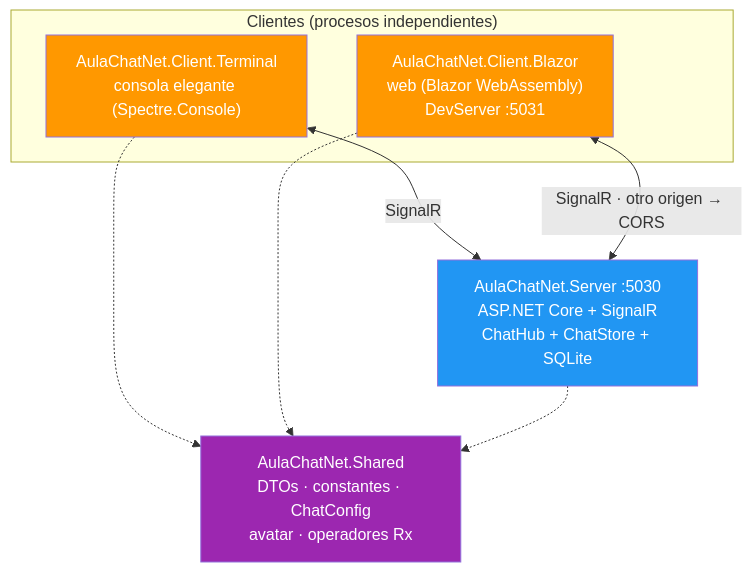
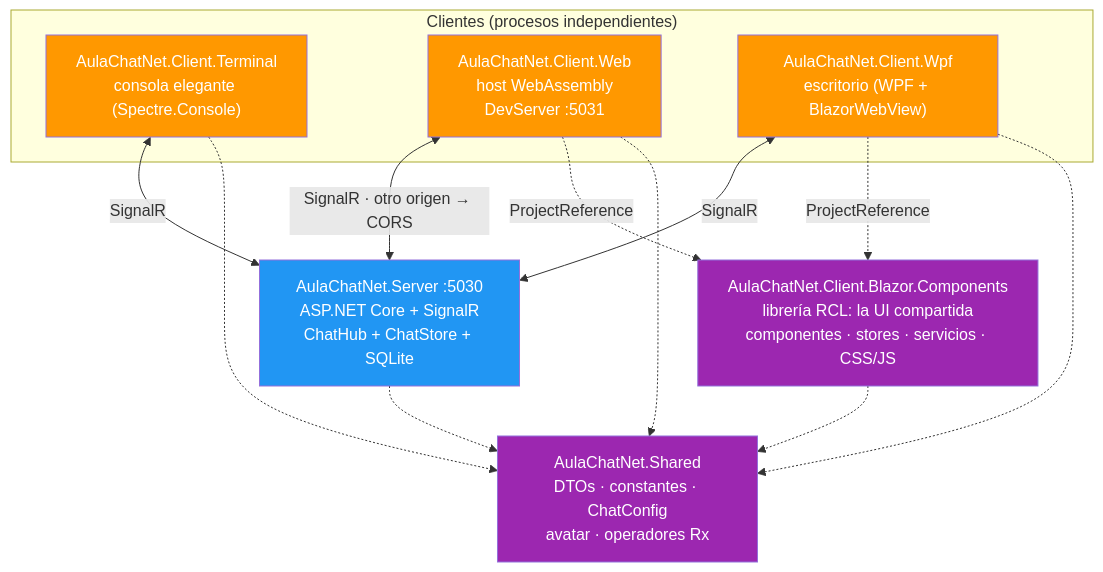
One commit to joseluisgs/AulaChatNet changed the first of 10 diagrams in docs/01-arquitectura-del-servidor.md. Above: the diagram before and after it, drawn with Mermaid. The commit also changed other lines of this file and 11 other files, not shown here.

````diff
--- a/docs/01-arquitectura-del-servidor.md
+++ b/docs/01-arquitectura-del-servidor.md
@@ -60,22 +69,32 @@
 ```mermaid
 flowchart TD
     subgraph Clientes["Clientes (procesos independientes)"]
         T["AulaChatNet.Client.Terminal<br/>consola elegante (Spectre.Console)"]
-        B["AulaChatNet.Client.Blazor<br/>web (Blazor WebAssembly)<br/>DevServer :5031"]
+        B["AulaChatNet.Client.Web<br/>host WebAssembly<br/>DevServer :5031"]
+        W["AulaChatNet.Client.Wpf<br/>escritorio (WPF + BlazorWebView)"]
     end
+
+    C["AulaChatNet.Client.Blazor.Components<br/>librería RCL: la UI compartida<br/>componentes · stores · servicios · CSS/JS"]
 
     S["AulaChatNet.Server :5030<br/>ASP.NET Core + SignalR<br/>ChatHub + ChatStore + SQLite"]
 
     SH["AulaChatNet.Shared<br/>DTOs · constantes · ChatConfig<br/>avatar · operadores Rx"]
 
     T <-->|"SignalR"| S
     B <-->|"SignalR · otro origen → CORS"| S
+    W <-->|"SignalR"| S
+    B -.->|"ProjectReference"| C
+    W -.->|"ProjectReference"| C
     T -.-> SH
     B -.-> SH
+    W -.-> SH
+    C -.-> SH
     S -.-> SH
 
     style T fill:#FF9800,color:#fff
     style B fill:#FF9800,color:#fff
+    style W fill:#FF9800,color:#fff
+    style C fill:#9C27B0,color:#fff
     style S fill:#2196F3,color:#fff
     style SH fill:#9C27B0,color:#fff
 ```
````
